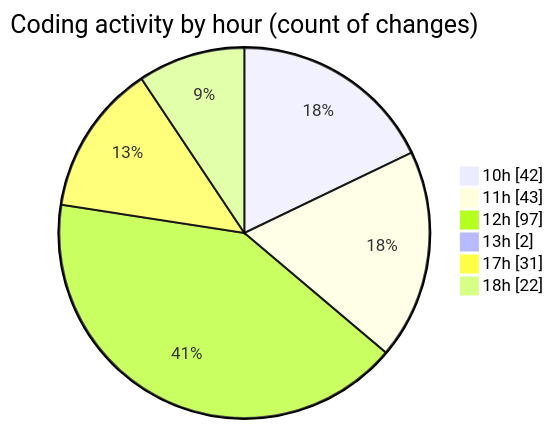
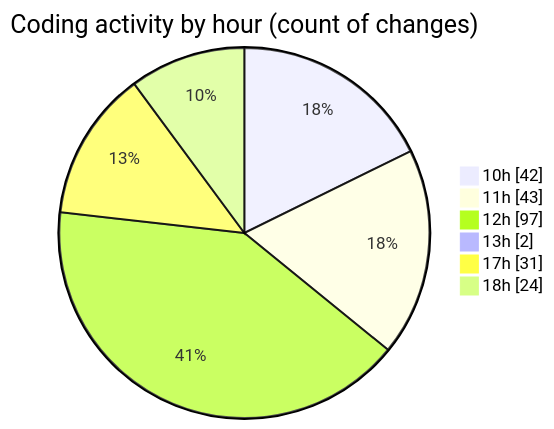
Before and after one commit to CELIANVF/code-tracking: the second of 2 diagrams in 2025-05-15/ecodeli-1/README.md, drawn with Mermaid. The commit also changed other lines of this file and 1 other file, not shown here.

````diff
--- a/2025-05-15/ecodeli-1/README.md
+++ b/2025-05-15/ecodeli-1/README.md
@@ -82,10 +82,10 @@
 ```mermaid
 pie showData
 title Coding activity by hour (count of changes)
 "10h" : 42
 "11h" : 43
 "12h" : 97
 "13h" : 2
 "17h" : 31
-"18h" : 22
+"18h" : 24
 ```
````
